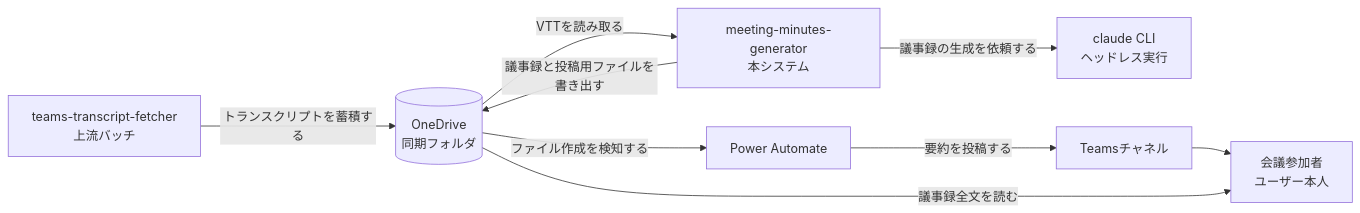
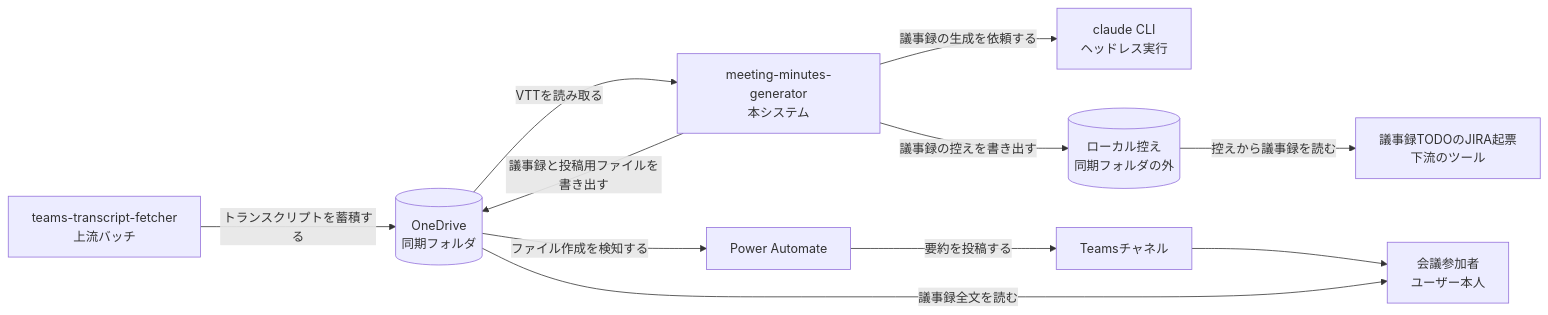
The first of 2 diagrams in apps/meeting-minutes-generator/specs/architecture.md (dnode-ryosuke-yamazaki/study), drawn with Mermaid before and after one commit. The commit also changed other lines of this file and 3 other files, not shown here.

````diff
--- a/apps/meeting-minutes-generator/specs/architecture.md
+++ b/apps/meeting-minutes-generator/specs/architecture.md
@@ -13,19 +13,23 @@
 ```mermaid
 flowchart LR
     user["会議参加者<br>ユーザー本人"]
     fetcher["teams-transcript-fetcher<br>上流バッチ"]
     system["meeting-minutes-generator<br>本システム"]
     claude["claude CLI<br>ヘッドレス実行"]
     onedrive[("OneDrive<br>同期フォルダ")]
+    mirror[("ローカル控え<br>同期フォルダの外")]
+    tool["議事録TODOのJIRA起票<br>下流のツール"]
     pa["Power Automate"]
     teams["Teamsチャネル"]
 
     fetcher -- トランスクリプトを蓄積する --> onedrive
     onedrive -- VTTを読み取る --> system
     system -- 議事録の生成を依頼する --> claude
     system -- 議事録と投稿用ファイルを書き出す --> onedrive
     onedrive -- ファイル作成を検知する --> pa
     pa -- 要約を投稿する --> teams
     teams --> user
     onedrive -- 議事録全文を読む --> user
+    system -- 議事録の控えを書き出す --> mirror
+    mirror -- 控えから議事録を読む --> tool
 ```
````
